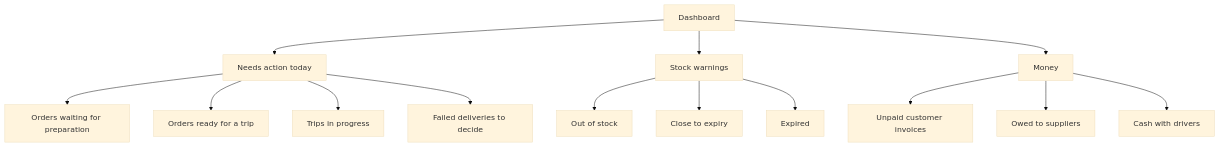
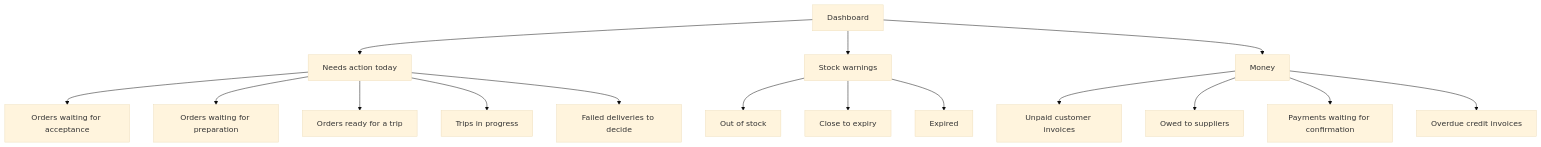
One commit to AhmedElnagarUU/Cosmo changed the diagram in docs/sub-plans/09-dashboard-and-reports.md. Above: the diagram before and after it, drawn with Mermaid (base theme). The commit also changed other lines of this file and 33 other files, not shown here.

First line of the commit message:
Update plan: manual order acceptance, new roles, payment confirmation

````diff
--- a/docs/sub-plans/09-dashboard-and-reports.md
+++ b/docs/sub-plans/09-dashboard-and-reports.md
@@ -35,20 +37,22 @@
 ```mermaid
 flowchart TD
     D[Dashboard]
     D --> A[Needs action today]
     D --> B[Stock warnings]
     D --> C[Money]
 
+    A --> A0[Orders waiting for acceptance]
     A --> A1[Orders waiting for preparation]
     A --> A2[Orders ready for a trip]
     A --> A3[Trips in progress]
     A --> A4[Failed deliveries to decide]
 
     B --> B1[Out of stock]
     B --> B2[Close to expiry]
     B --> B3[Expired]
 
     C --> C1[Unpaid customer invoices]
     C --> C2[Owed to suppliers]
-    C --> C3[Cash with drivers]
+    C --> C3[Payments waiting for confirmation]
+    C --> C4[Overdue credit invoices]
 ```
````
